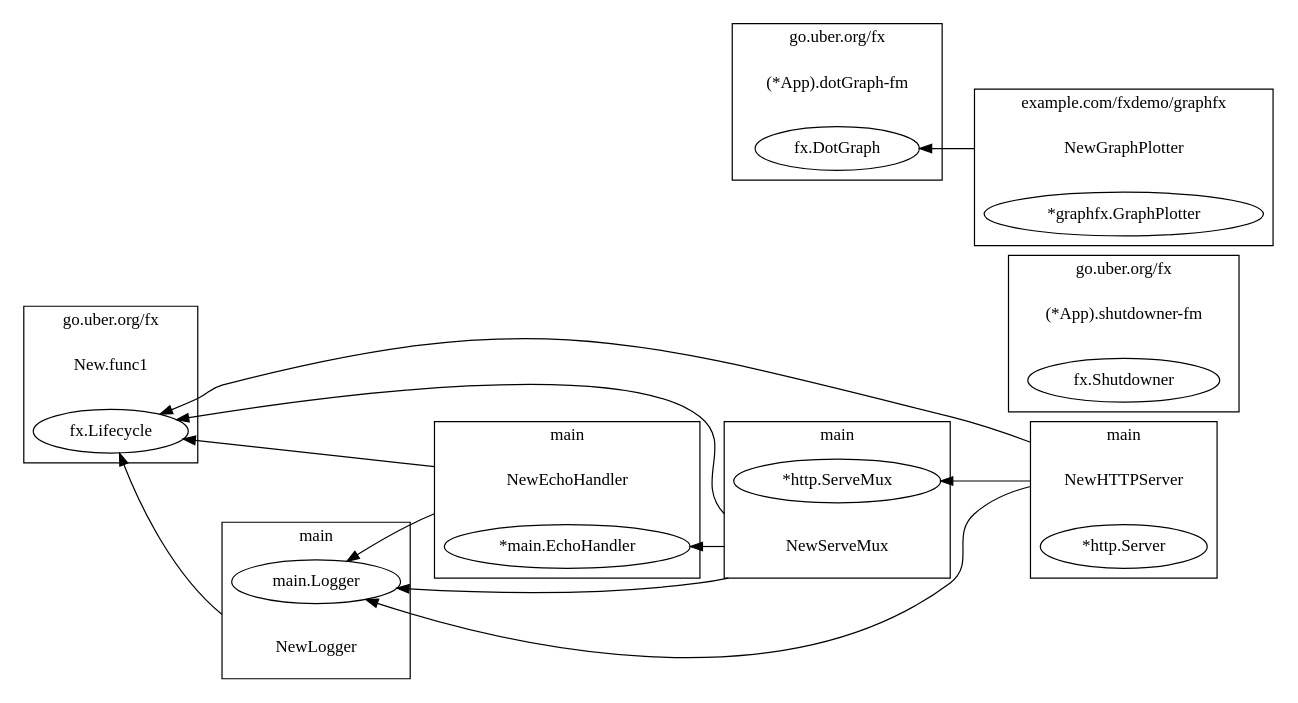
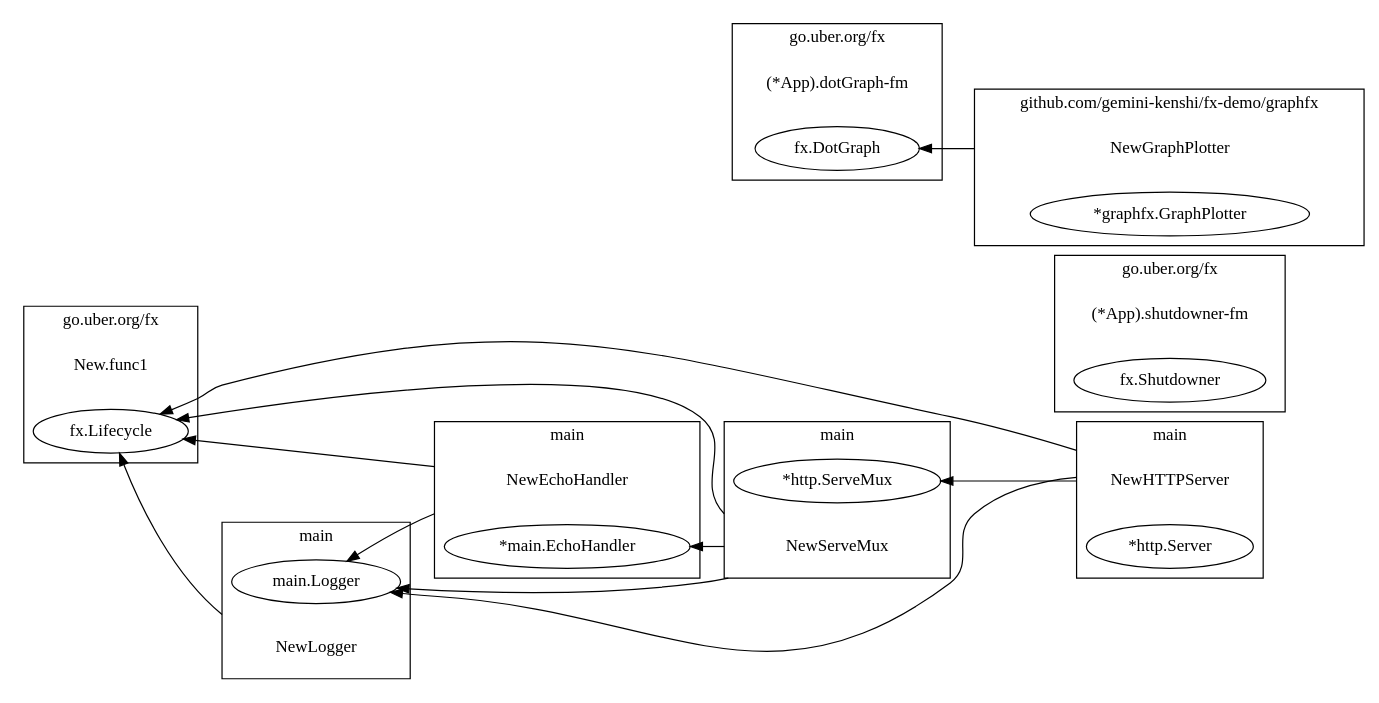
One commit to gemini-kenshi/fx-demo changed the diagram in 1-dependency/dotGraph.dot. Above: the diagram before and after it, drawn with Graphviz. The commit also changed 13 other files, not shown here.

```diff
--- a/1-dependency/dotGraph.dot
+++ b/1-dependency/dotGraph.dot
@@ -1,98 +1,98 @@
 digraph {
 	rankdir=RL;
 	graph [compound=true];
 	
 		subgraph cluster_0 {
 			label = "go.uber.org/fx";
 			constructor_0 [shape=plaintext label="New.func1"];
 			
 			"fx.Lifecycle" [label=<fx.Lifecycle>];
 			
 		}
 		
 		
 		subgraph cluster_1 {
 			label = "go.uber.org/fx";
 			constructor_1 [shape=plaintext label="(*App).shutdowner-fm"];
 			
 			"fx.Shutdowner" [label=<fx.Shutdowner>];
 			
 		}
 		
 		
 		subgraph cluster_2 {
 			label = "go.uber.org/fx";
 			constructor_2 [shape=plaintext label="(*App).dotGraph-fm"];
 			
 			"fx.DotGraph" [label=<fx.DotGraph>];
 			
 		}
 		
 		
 		subgraph cluster_3 {
 			label = "main";
 			constructor_3 [shape=plaintext label="NewHTTPServer"];
 			
 			"*http.Server" [label=<*http.Server>];
 			
 		}
 		
 			constructor_3 -> "fx.Lifecycle" [ltail=cluster_3];
 		
 			constructor_3 -> "main.Logger" [ltail=cluster_3];
 		
 			constructor_3 -> "*http.ServeMux" [ltail=cluster_3];
 		
 		
 		subgraph cluster_4 {
 			label = "main";
 			constructor_4 [shape=plaintext label="NewEchoHandler"];
 			
 			"*main.EchoHandler" [label=<*main.EchoHandler>];
 			
 		}
 		
 			constructor_4 -> "fx.Lifecycle" [ltail=cluster_4];
 		
 			constructor_4 -> "main.Logger" [ltail=cluster_4];
 		
 		
 		subgraph cluster_5 {
 			label = "main";
 			constructor_5 [shape=plaintext label="NewServeMux"];
 			
 			"*http.ServeMux" [label=<*http.ServeMux>];
 			
 		}
 		
 			constructor_5 -> "fx.Lifecycle" [ltail=cluster_5];
 		
 			constructor_5 -> "main.Logger" [ltail=cluster_5];
 		
 			constructor_5 -> "*main.EchoHandler" [ltail=cluster_5];
 		
 		
 		subgraph cluster_6 {
 			label = "main";
 			constructor_6 [shape=plaintext label="NewLogger"];
 			
 			"main.Logger" [label=<main.Logger>];
 			
 		}
 		
 			constructor_6 -> "fx.Lifecycle" [ltail=cluster_6];
 		
 		
 		subgraph cluster_7 {
-			label = "example.com/fxdemo/graphfx";
+			label = "github.com/gemini-kenshi/fx-demo/graphfx";
 			constructor_7 [shape=plaintext label="NewGraphPlotter"];
 			
 			"*graphfx.GraphPlotter" [label=<*graphfx.GraphPlotter>];
 			
 		}
 		
 			constructor_7 -> "fx.DotGraph" [ltail=cluster_7];
 		
 		
 	
 }
```
